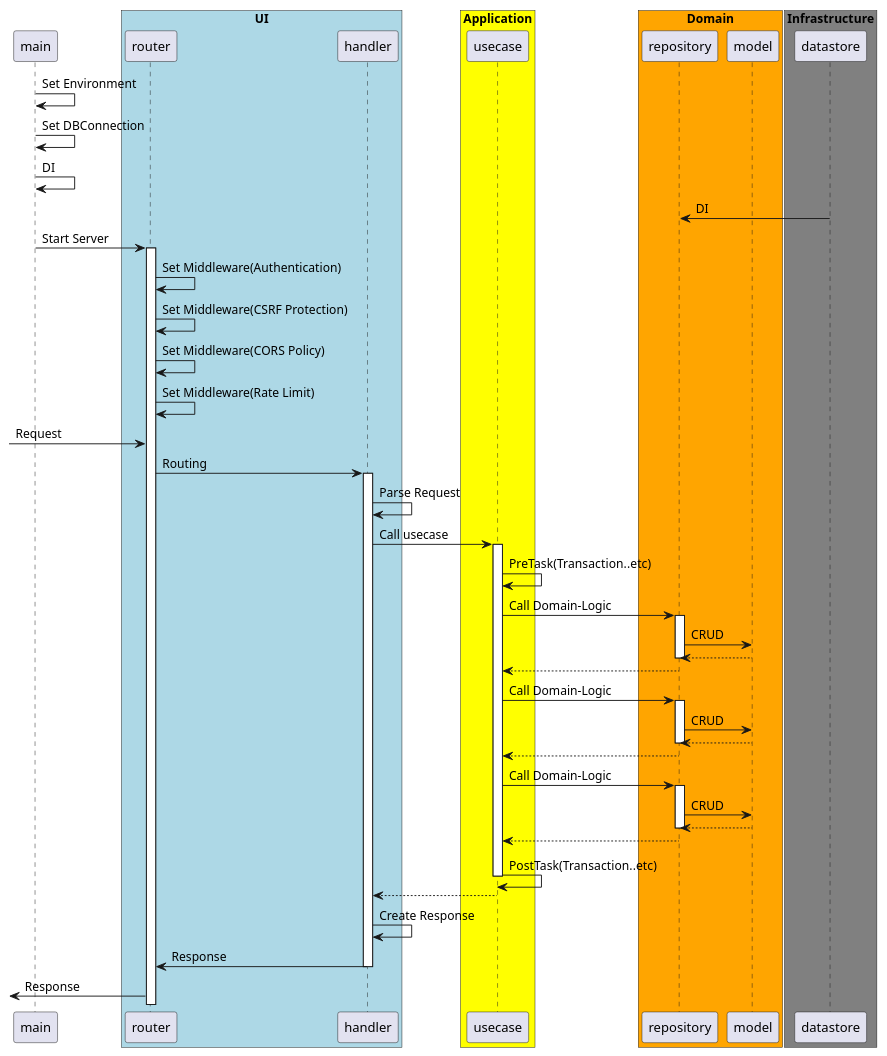
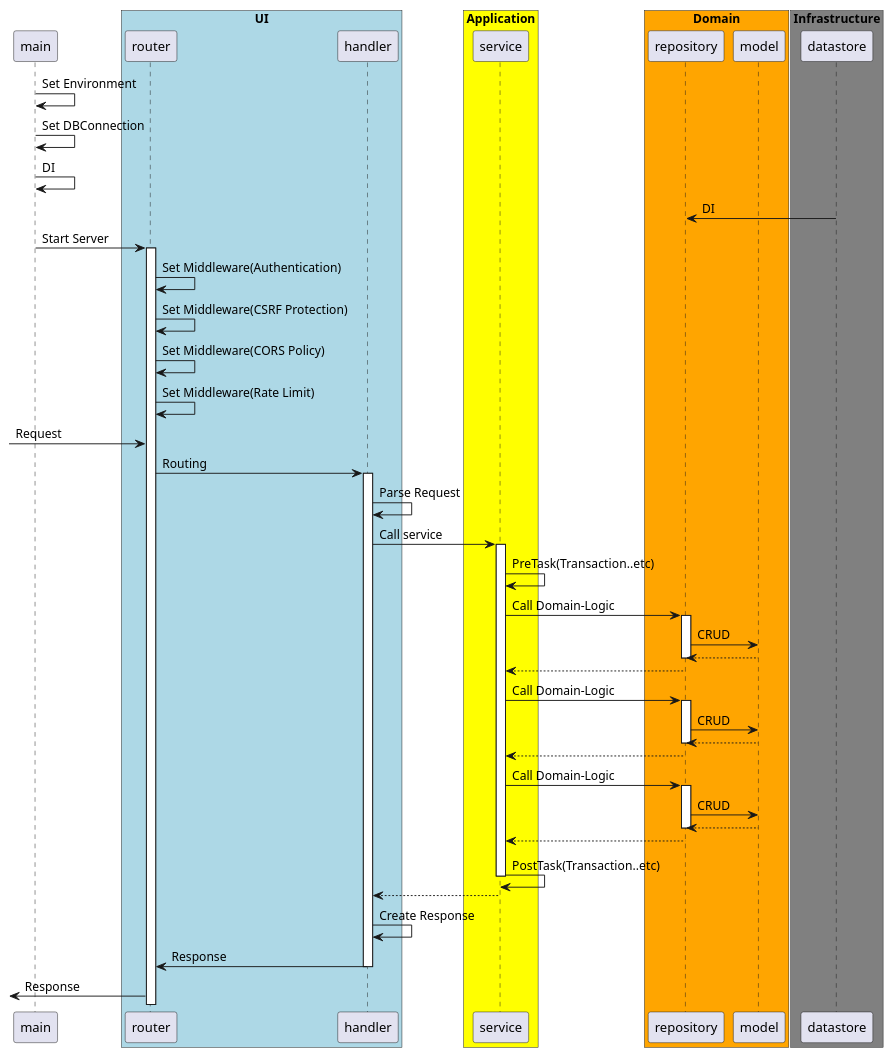
One commit to oshou/AwesomeMusic-api changed the diagram in docs/sequence.pu. Above: the diagram before and after it, drawn with PlantUML. The commit also changed 18 other files, not shown here.

```diff
--- a/docs/sequence.pu
+++ b/docs/sequence.pu
@@ -2,60 +2,60 @@
 @startuml
 participant main
 box "UI" #LightBlue
   participant router
   participant handler
 end box
 box "Application" #Yellow
-  participant usecase
+  participant service
 end box
 box "Domain" #Orange
   participant repository
   participant model
 end box
 box "Infrastructure" #Gray
   participant datastore
 end box
 
 main -> main: Set Environment
 main -> main: Set DBConnection
 main -> main: DI
 datastore -> repository: DI
 main -> router: Start Server
 activate router
 router -> router: Set Middleware(Authentication)
 router -> router: Set Middleware(CSRF Protection)
 router -> router: Set Middleware(CORS Policy)
 router -> router: Set Middleware(Rate Limit)
 [-> router : Request
 router -> handler: Routing
 activate handler
 handler -> handler: Parse Request
-handler -> usecase: Call usecase
-activate usecase
-usecase -> usecase: PreTask(Transaction..etc)
-usecase -> repository: Call Domain-Logic
+handler -> service: Call service
+activate service
+service -> service: PreTask(Transaction..etc)
+service -> repository: Call Domain-Logic
 activate repository
 repository -> model: CRUD
 repository <-- model:
 deactivate repository
-usecase <-- repository:
-usecase -> repository: Call Domain-Logic
+service <-- repository:
+service -> repository: Call Domain-Logic
 activate repository
 repository -> model: CRUD
 repository <-- model:
 deactivate repository
-usecase <-- repository:
-usecase -> repository: Call Domain-Logic
+service <-- repository:
+service -> repository: Call Domain-Logic
 activate repository
 repository -> model: CRUD
 repository <-- model:
 deactivate repository
-usecase <-- repository:
-usecase -> usecase: PostTask(Transaction..etc)
-deactivate usecase
-handler <-- usecase:
+service <-- repository:
+service -> service: PostTask(Transaction..etc)
+deactivate service
+handler <-- service:
 handler -> handler: Create Response
 router <- handler: Response
 deactivate handler
 [<- router: Response
 @enduml
```
